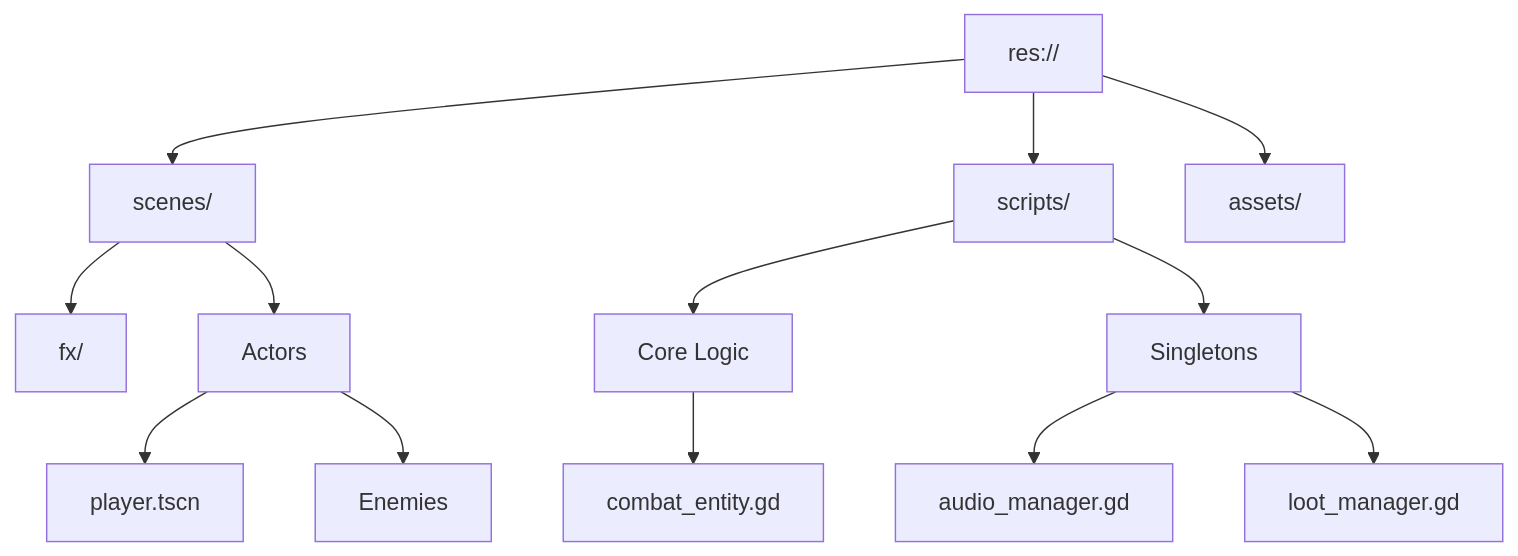
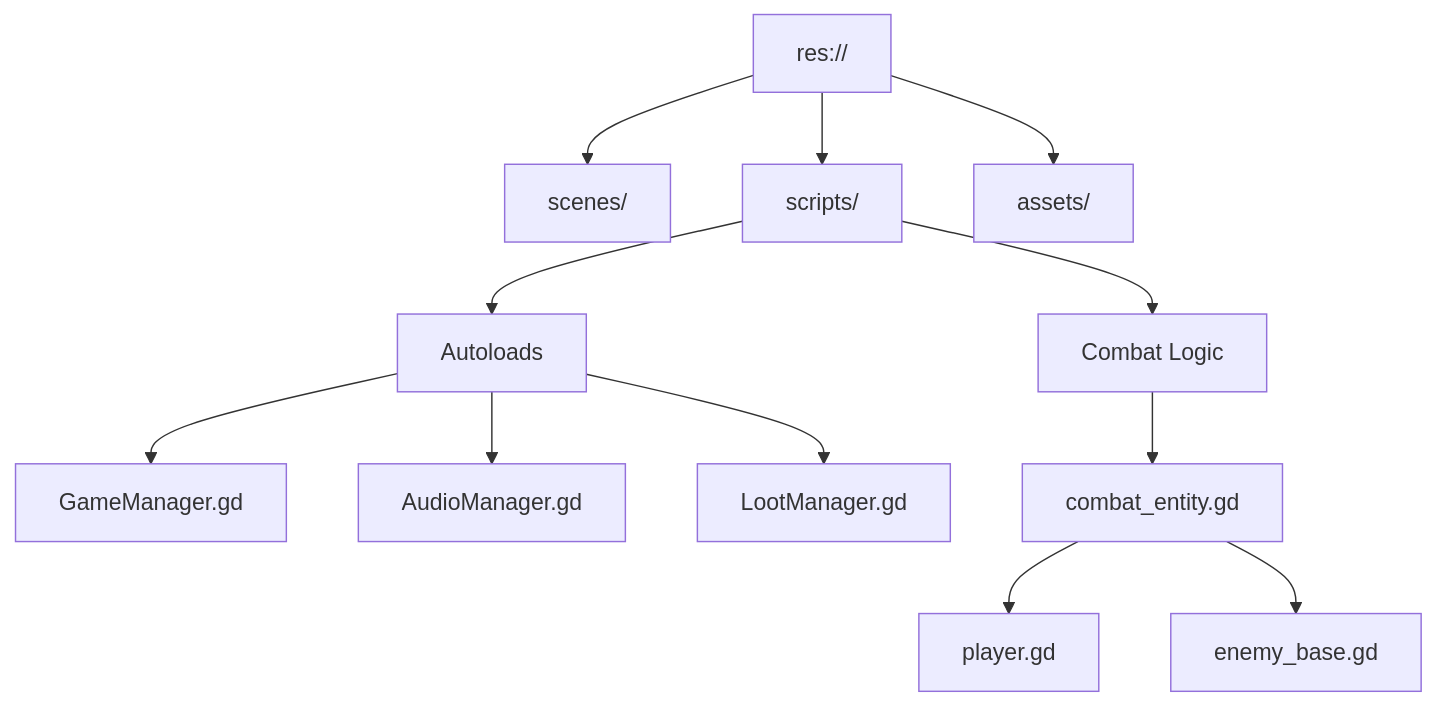
The second of 3 diagrams in docs/LiveCells_DesignDoc.md (jul00/Live-Cells), drawn with Mermaid before and after one commit. The commit also changed other lines of this file and 51 other files, not shown here.

````diff
--- a/docs/LiveCells_DesignDoc.md
+++ b/docs/LiveCells_DesignDoc.md
@@ -66,18 +64,16 @@
 ```mermaid
 graph TD
     Root[res://] --> Scenes[scenes/]
     Root --> Scripts[scripts/]
     Root --> Assets[assets/]
 
-    Scenes --> FX[fx/]
-    Scenes --> Actors[Actors]
-    Actors --> Player[player.tscn]
-    Actors --> Enemies[Enemies]
-    
-    Scripts --> Core[Core Logic]
-    Core --> Base[combat_entity.gd]
-    
-    Scripts --> Managers[Singletons]
-    Managers --> AM[audio_manager.gd]
-    Managers --> LM[loot_manager.gd]
+    Scripts --> Singletons[Autoloads]
+    Singletons --> GM[GameManager.gd]
+    Singletons --> AM[AudioManager.gd]
+    Singletons --> LM[LootManager.gd]
+
+    Scripts --> Actors[Combat Logic]
+    Actors --> CE[combat_entity.gd]
+    CE --> PL[player.gd]
+    CE --> AI[enemy_base.gd]
 ```
````
